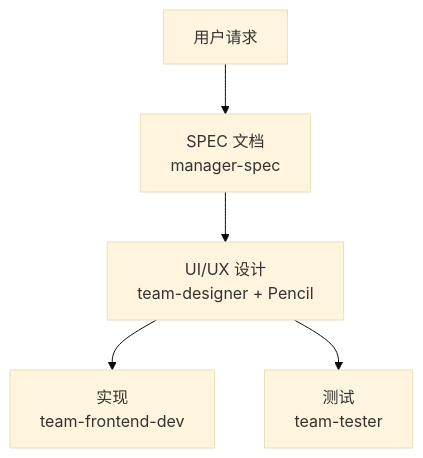
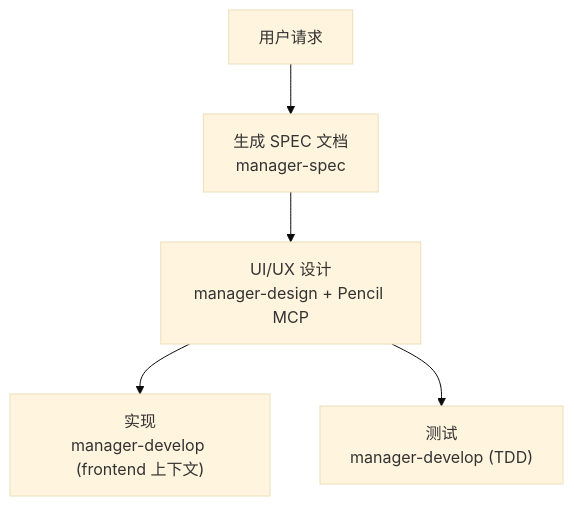
One commit to modu-ai/moai-adk changed the fourth of 4 diagrams in docs-site/content/zh/advanced/pencil-guide.md. Above: the diagram before and after it, drawn with Mermaid (base theme). The commit also changed other lines of this file and 395 other files, not shown here.

````diff
--- a/docs-site/content/zh/advanced/pencil-guide.md
+++ b/docs-site/content/zh/advanced/pencil-guide.md
@@ -634,7 +659,7 @@
 ```mermaid
 flowchart TD
-    REQ["用户请求"] --> SPEC["SPEC 文档<br>manager-spec"]
-    SPEC --> DESIGN["UI/UX 设计<br>team-designer + Pencil"]
-    DESIGN --> DEV["实现<br>team-frontend-dev"]
-    DESIGN --> TEST["测试<br>team-tester"]
+    REQ["用户请求"] --> SPEC["生成 SPEC 文档<br>manager-spec"]
+    SPEC --> DESIGN["UI/UX 设计<br>manager-design + Pencil MCP"]
+    DESIGN --> DEV["实现<br>manager-develop (frontend 上下文)"]
+    DESIGN --> TEST["测试<br>manager-develop (TDD)"]
 ```
````
